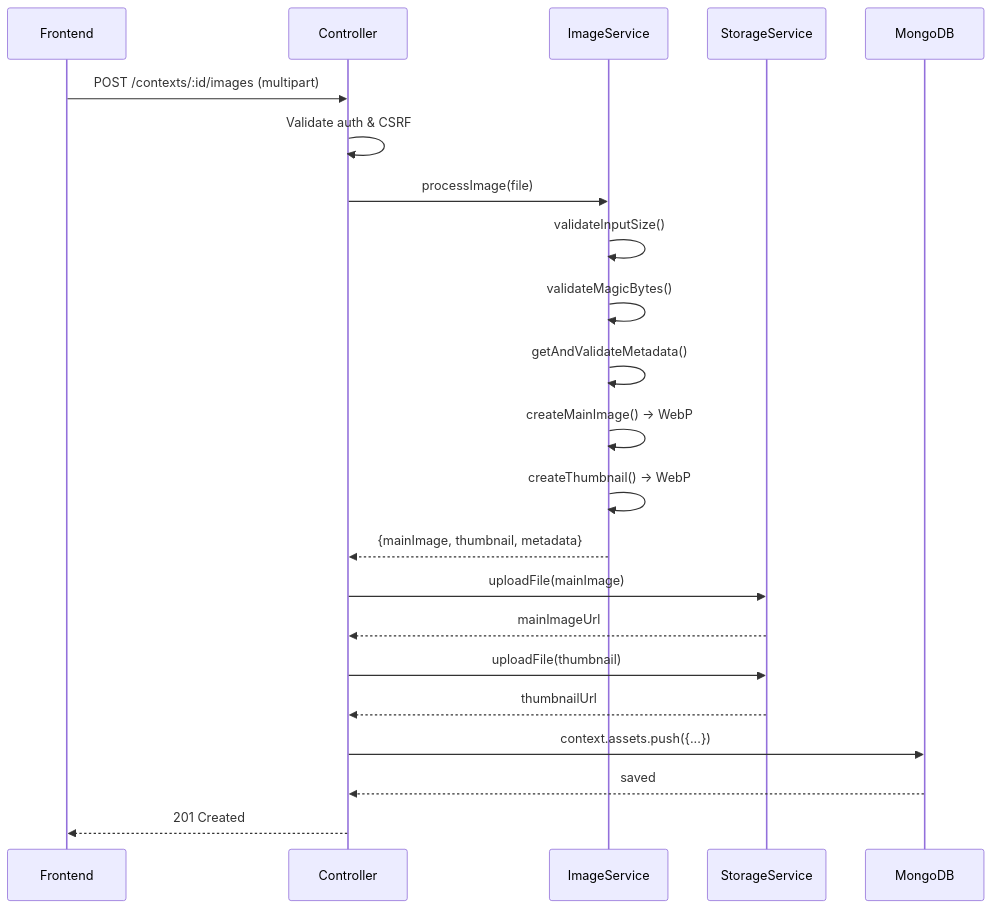
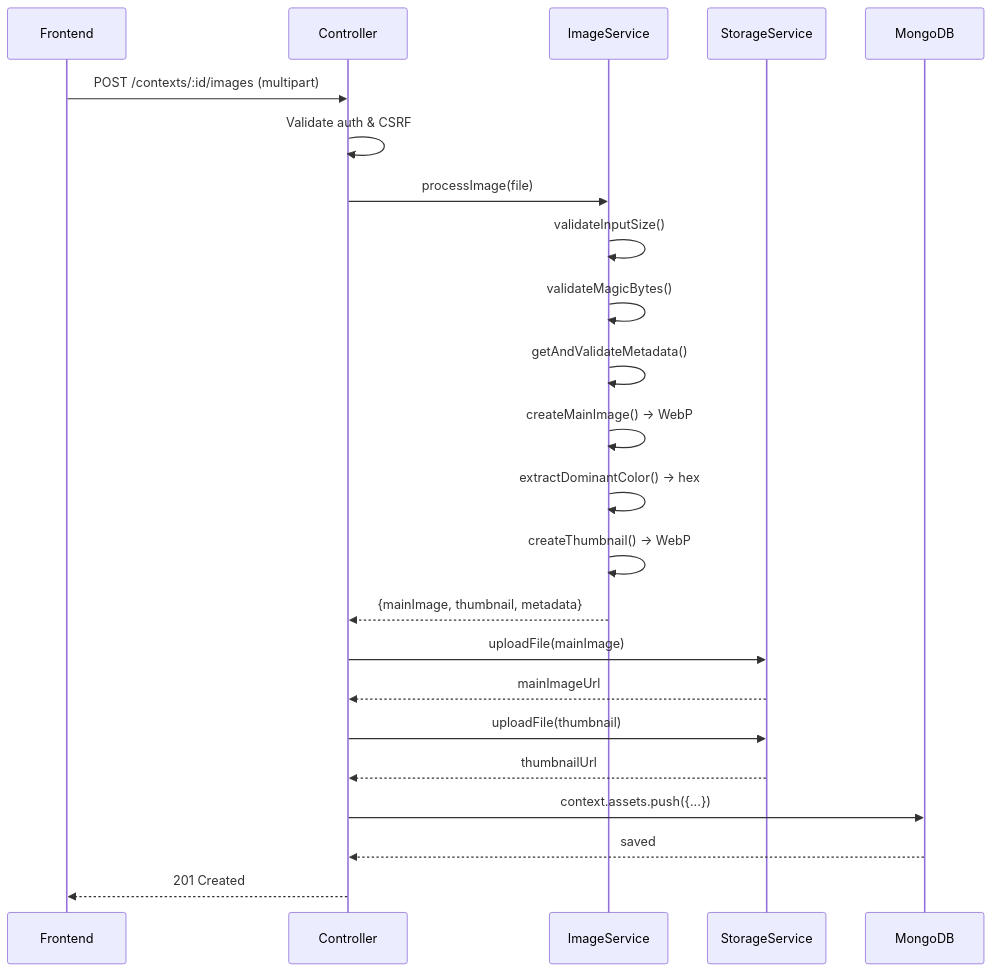
The diagram in backend/docs/AssetProcessing.md (Samuel-Prog-CSec/TFG-IoT), drawn with Mermaid before and after one commit. The commit also changed other lines of this file and 48 other files, not shown here.

````diff
--- a/backend/docs/AssetProcessing.md
+++ b/backend/docs/AssetProcessing.md
@@ -406,25 +425,26 @@
 ```mermaid
 sequenceDiagram
     participant F as Frontend
     participant C as Controller
     participant I as ImageService
     participant S as StorageService
     participant DB as MongoDB
 
     F->>C: POST /contexts/:id/images (multipart)
     C->>C: Validate auth & CSRF
     C->>I: processImage(file)
     I->>I: validateInputSize()
     I->>I: validateMagicBytes()
     I->>I: getAndValidateMetadata()
     I->>I: createMainImage() → WebP
+    I->>I: extractDominantColor() → hex
     I->>I: createThumbnail() → WebP
     I-->>C: {mainImage, thumbnail, metadata}
     C->>S: uploadFile(mainImage)
     S-->>C: mainImageUrl
     C->>S: uploadFile(thumbnail)
     S-->>C: thumbnailUrl
     C->>DB: context.assets.push({...})
     DB-->>C: saved
     C-->>F: 201 Created
 ```
````
